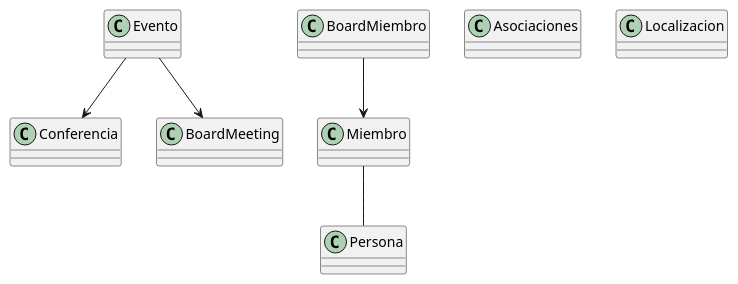
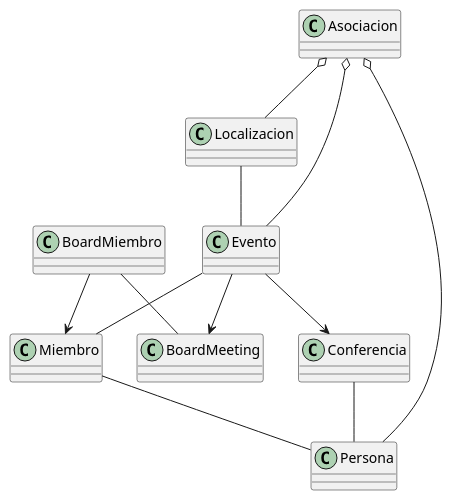
One commit to DanielMiralles12/UMLClases-DanielMiralles changed the diagram in src/Practica.puml. Above: the diagram before and after it, drawn with PlantUML.

Commit message:
Conexiones restantes.

```diff
--- a/src/Practica.puml
+++ b/src/Practica.puml
@@ -1,16 +1,23 @@
 @startuml
-
+Asociacion o-- Evento
+Asociacion o-- Persona
+Asociacion o-- Localizacion
 Evento --> Conferencia
 Evento --> BoardMeeting
+Evento -- Miembro
+Localizacion -- Evento
 BoardMiembro --> Miembro
 Miembro -- Persona
+Conferencia -- Persona
+BoardMiembro -- BoardMeeting
 
-class Asociaciones{}
+
+class Asociacion{}
 class Miembro{}
 class BoardMiembro{}
 class Evento{}
 class Conferencia{}
 class Localizacion{}
 class BoardMeeting{}
 class Persona{}
 @enduml
```
